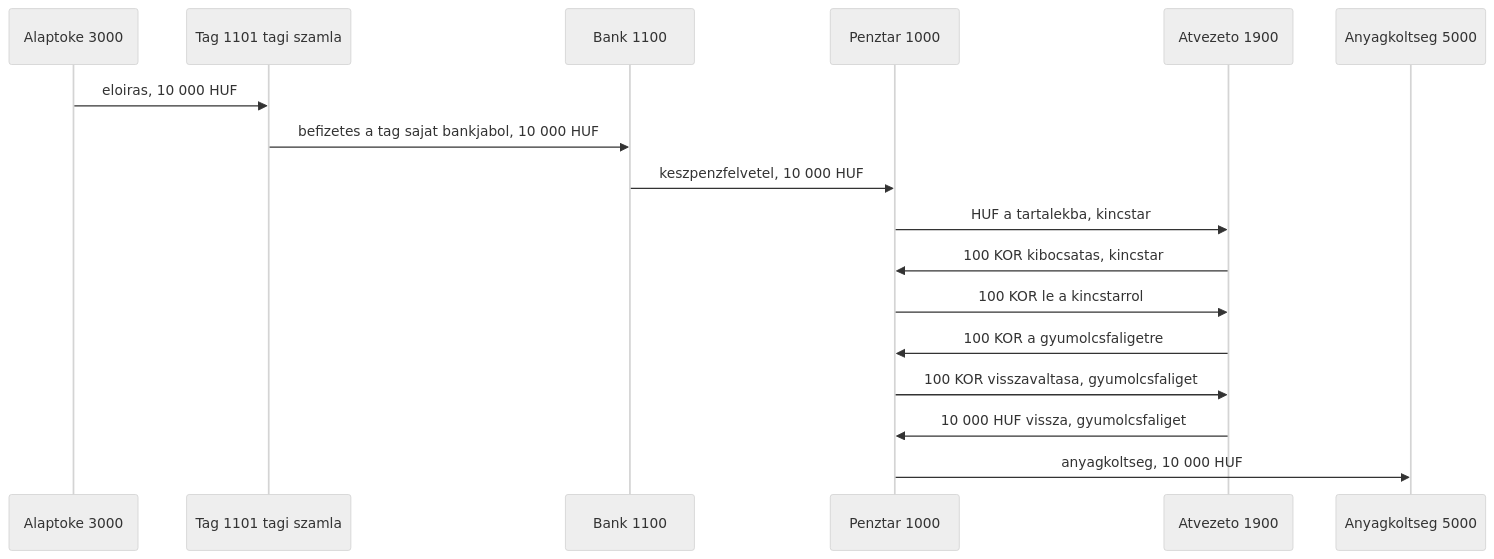
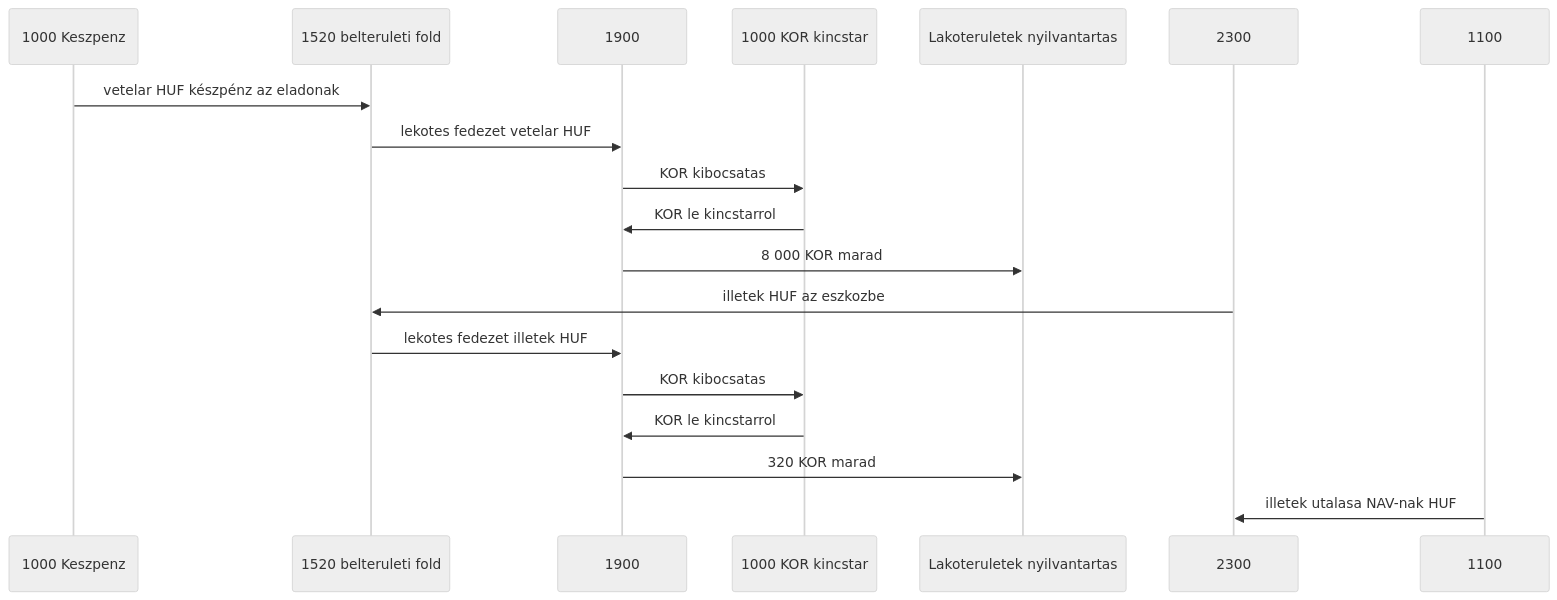
One commit to pitiboy/curr changed the fifth of 15 diagrams in docs/transaction-workflow.md. Above: the diagram before and after it, drawn with Mermaid (neutral theme). The commit also changed other lines of this file and 31 other files, not shown here.

````diff
--- a/docs/transaction-workflow.md
+++ b/docs/transaction-workflow.md
@@ -286,20 +303,22 @@
 ```mermaid
 sequenceDiagram
-  participant Toke as Alaptoke 3000
-  participant Tag as Tag 1101 tagi szamla
-  participant Bank as Bank 1100
-  participant Penztar as Penztar 1000
-  participant Atv as Atvezeto 1900
-  participant Koltseg as Anyagkoltseg 5000
+  participant Penztar as 1000 Keszpenz
+  participant Telek as 1520 belteruleti fold
+  participant Atv as 1900
+  participant Kt as 1000 KOR kincstar
+  participant Nyilv as Lakoteruletek nyilvantartas
+  participant Ado as 2300
+  participant Bank as 1100
 
-  Toke->>Tag: eloiras, 10 000 HUF
-  Tag->>Bank: befizetes a tag sajat bankjabol, 10 000 HUF
-  Bank->>Penztar: keszpenzfelvetel, 10 000 HUF
-  Penztar->>Atv: HUF a tartalekba, kincstar
-  Atv->>Penztar: 100 KOR kibocsatas, kincstar
-  Penztar->>Atv: 100 KOR le a kincstarrol
-  Atv->>Penztar: 100 KOR a gyumolcsfaligetre
-  Penztar->>Atv: 100 KOR visszavaltasa, gyumolcsfaliget
-  Atv->>Penztar: 10 000 HUF vissza, gyumolcsfaliget
-  Penztar->>Koltseg: anyagkoltseg, 10 000 HUF
+  Penztar->>Telek: vetelar HUF készpénz az eladonak
+  Telek->>Atv: lekotes fedezet vetelar HUF
+  Atv->>Kt: KOR kibocsatas
+  Kt->>Atv: KOR le kincstarrol
+  Atv->>Nyilv: 8 000 KOR marad
+  Ado->>Telek: illetek HUF az eszkozbe
+  Telek->>Atv: lekotes fedezet illetek HUF
+  Atv->>Kt: KOR kibocsatas
+  Kt->>Atv: KOR le kincstarrol
+  Atv->>Nyilv: 320 KOR marad
+  Bank->>Ado: illetek utalasa NAV-nak HUF
 ```
````
